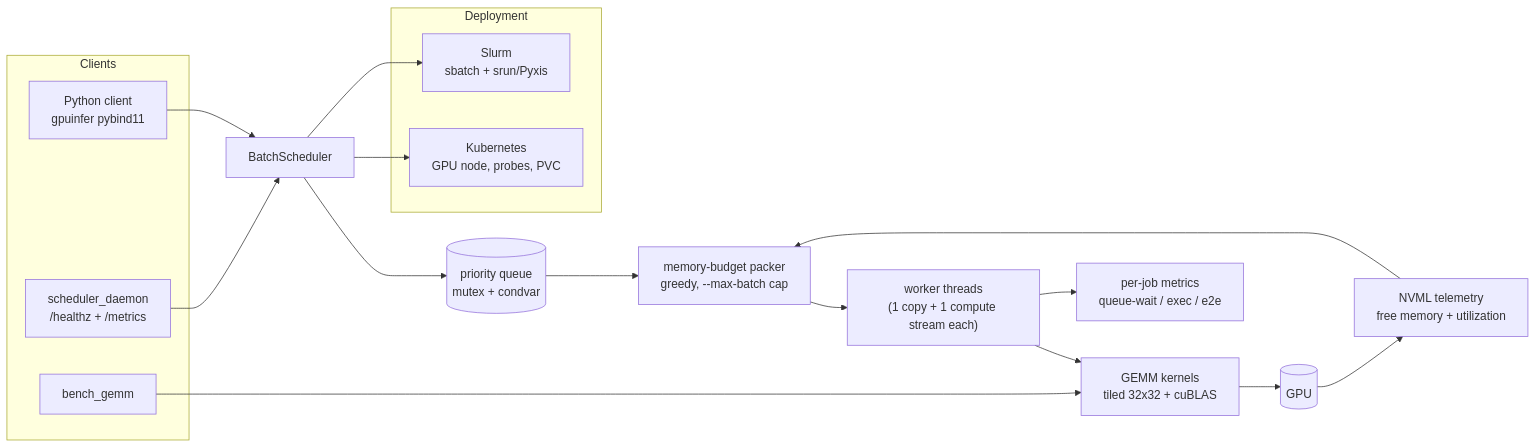
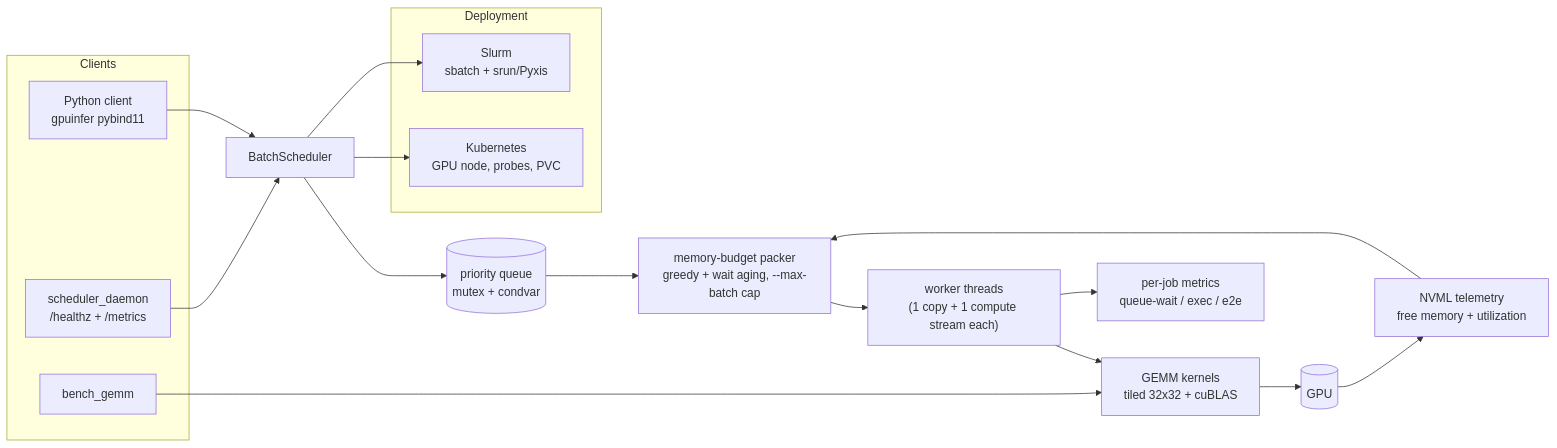
Before and after one commit to AbhiramCommits/GpuBatchInferenceScheduler: the diagram in README.md, drawn with Mermaid. The commit also changed other lines of this file and 32 other files, not shown here.

````diff
--- a/README.md
+++ b/README.md
@@ -16,25 +12,25 @@
 ```mermaid
 flowchart LR
     subgraph Clients
         PY[Python client<br/>gpuinfer pybind11]
         D[scheduler_daemon<br/>/healthz + /metrics]
         CLI[bench_gemm]
     end
     PY --> S[BatchScheduler]
     D --> S
     S --> Q[(priority queue<br/>mutex + condvar)]
-    Q --> PK[memory-budget packer<br/>greedy, --max-batch cap]
+    Q --> PK[memory-budget packer<br/>greedy + wait aging, --max-batch cap]
     PK --> W["worker threads<br/>(1 copy + 1 compute stream each)"]
     W --> KE[GEMM kernels<br/>tiled 32x32 + cuBLAS]
     KE --> GPU[(GPU)]
     NV[NVML telemetry<br/>free memory + utilization] --> PK
     GPU --> NV
     W --> MT[per-job metrics<br/>queue-wait / exec / e2e]
     CLI --> KE
     subgraph Deployment
         K8s[Kubernetes<br/>GPU node, probes, PVC]
         SL[Slurm<br/>sbatch + srun/Pyxis]
     end
     S --> K8s
     S --> SL
 ```
````
